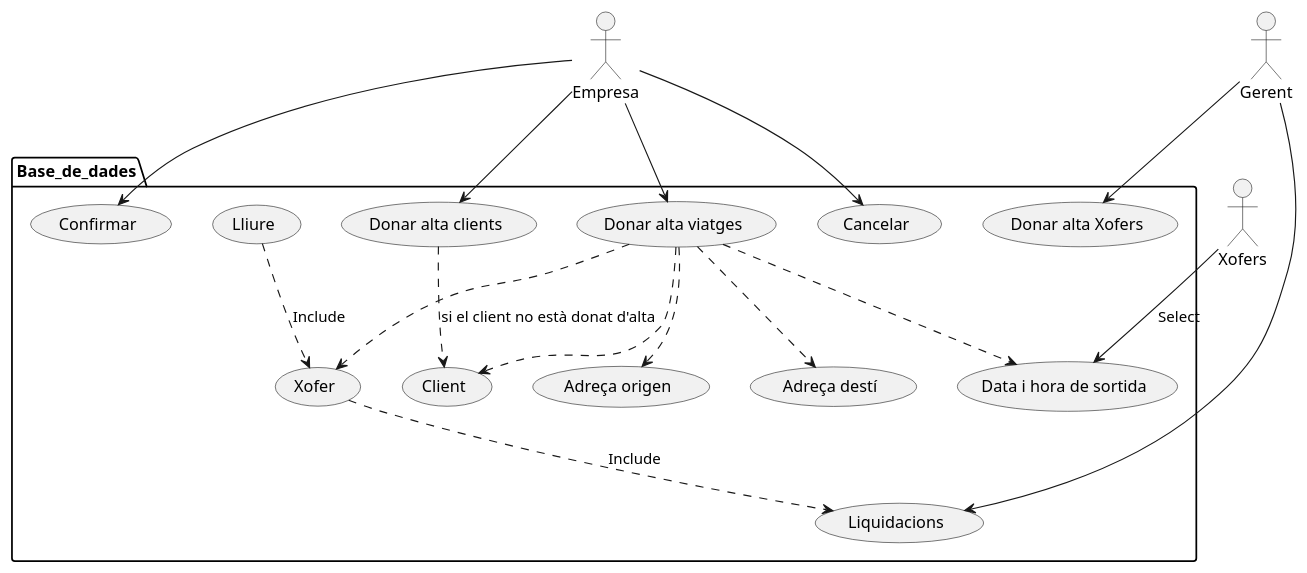
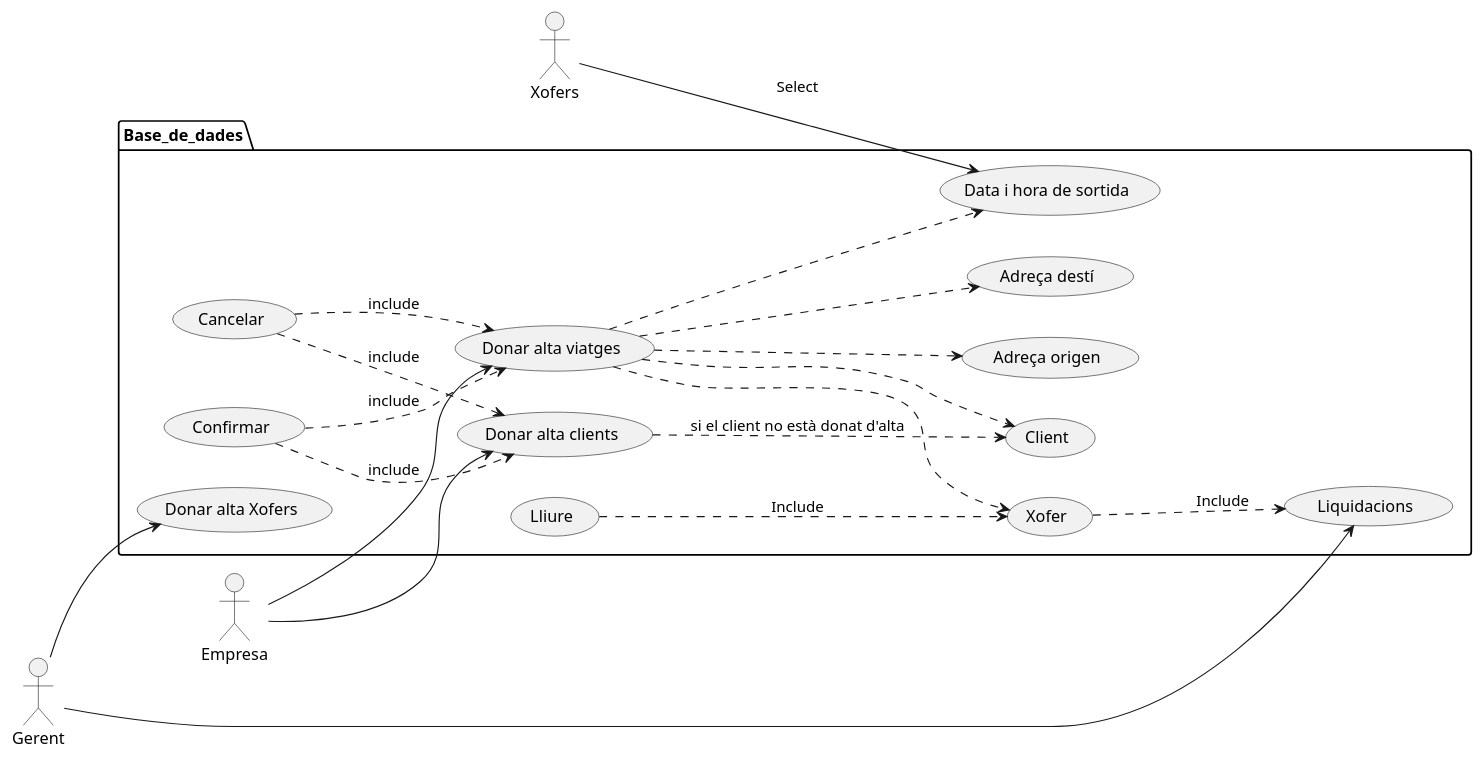
The diagram in Taxi.plantuml (albert1413/M5_UML), drawn with PlantUML before and after one commit.

Commit message:
versio 3.1

```diff
--- a/Taxi.plantuml
+++ b/Taxi.plantuml
@@ -1,41 +1,44 @@
 @startuml
 
+left to right direction
 
 :Empresa:
 :Xofers:
 :Gerent:
 
 package Base_de_dades{
     (Donar alta clients) as Alta
     (Donar alta viatges) as Viatges
     (Client) as Client
     (Xofer) as Xofer
     (Adreça origen) as Origen
     (Adreça destí) as Desti
     (Data i hora de sortida) as Horari
     (Lliure) as Lliure
     (Cancelar)
     (Confirmar)
     (Donar alta Xofers) as Cotxe
     (Liquidacions) as diners
 }   
 
 Empresa-->Alta
 Empresa-->Viatges
 (Viatges)..>Client
 (Viatges)..>Xofer
 (Viatges)..>Origen
 (Viatges)..>Desti
 (Viatges)..>Horari
 (Lliure)..>(Xofer):  Include
-Empresa-->(Cancelar)
-Empresa-->(Confirmar)
 (Alta)..>(Client):  si el client no està donat d'alta
 Xofers-->Horari: Select
 Gerent--> Cotxe
 Gerent-->diners
 (Xofer)..>diners: Include
+(Cancelar)..>(Alta): include
+(Confirmar)..>(Alta): include
+(Cancelar)..>(Viatges): include
+(Confirmar)..>(Viatges): include
 
 
 
 @enduml
```
